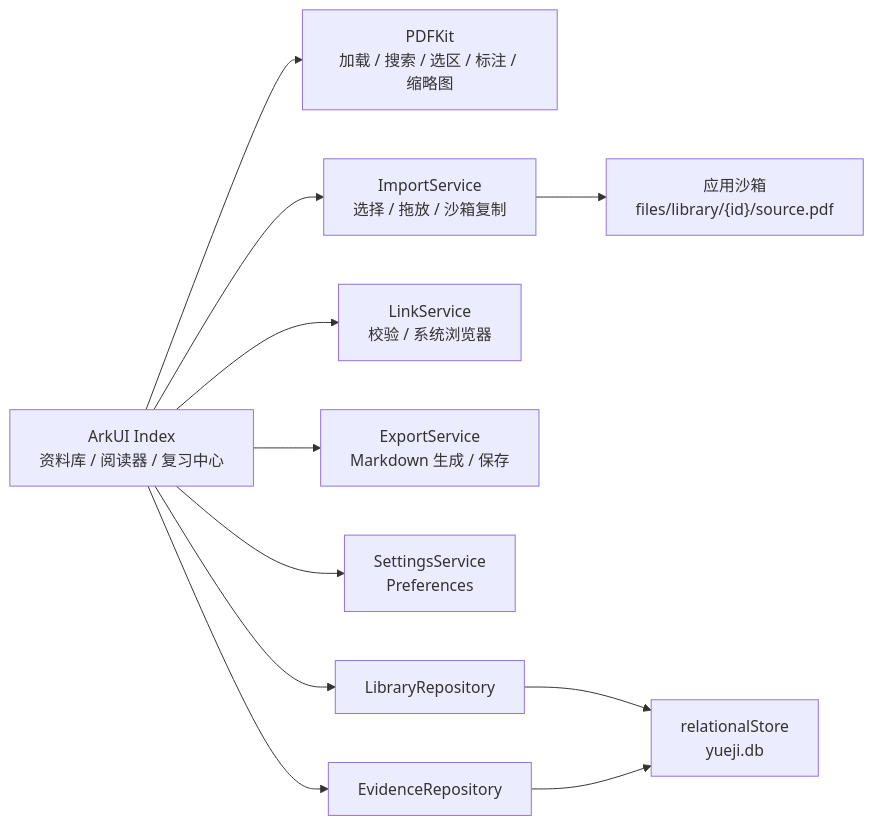
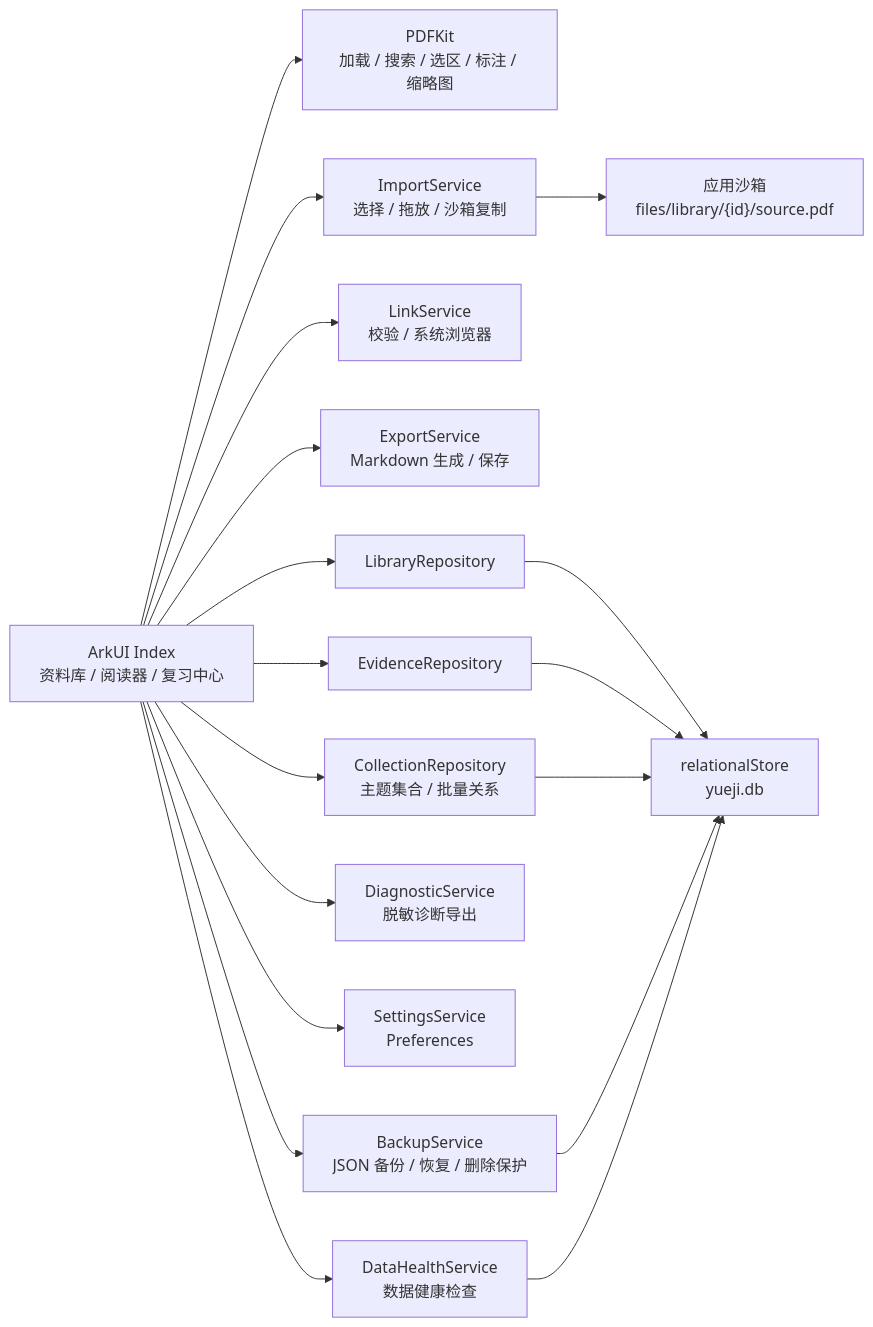
The first of 2 diagrams in docs/ARCHITECTURE.md (huihui200739/YueJiPC), drawn with Mermaid before and after one commit. The commit also changed other lines of this file and 24 other files, not shown here.

````diff
--- a/docs/ARCHITECTURE.md
+++ b/docs/ARCHITECTURE.md
@@ -12,24 +12,35 @@
 ```mermaid
 flowchart LR
   UI["ArkUI Index<br/>资料库 / 阅读器 / 复习中心"]
   PDF["PDFKit<br/>加载 / 搜索 / 选区 / 标注 / 缩略图"]
   IMPORT["ImportService<br/>选择 / 拖放 / 沙箱复制"]
   LINK["LinkService<br/>校验 / 系统浏览器"]
   EXPORT["ExportService<br/>Markdown 生成 / 保存"]
+  COLLECTION["CollectionRepository<br/>主题集合 / 批量关系"]
+  BACKUP["BackupService<br/>JSON 备份 / 恢复 / 删除保护"]
+  HEALTH["DataHealthService<br/>数据健康检查"]
+  DIAGNOSTIC["DiagnosticService<br/>脱敏诊断导出"]
   SETTINGS["SettingsService<br/>Preferences"]
   LIBRARY["LibraryRepository"]
   EVIDENCE["EvidenceRepository"]
   DB["relationalStore<br/>yueji.db"]
   FILES["应用沙箱<br/>files/library/{id}/source.pdf"]
 
   UI --> PDF
   UI --> IMPORT
   UI --> LINK
   UI --> EXPORT
+  UI --> COLLECTION
+  UI --> BACKUP
+  UI --> HEALTH
+  UI --> DIAGNOSTIC
   UI --> SETTINGS
   UI --> LIBRARY
   UI --> EVIDENCE
   IMPORT --> FILES
   LIBRARY --> DB
   EVIDENCE --> DB
+  COLLECTION --> DB
+  BACKUP --> DB
+  HEALTH --> DB
 ```
````
